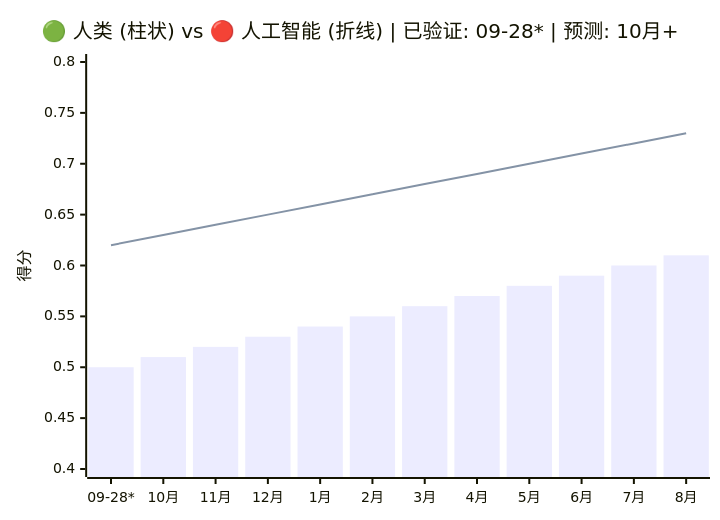
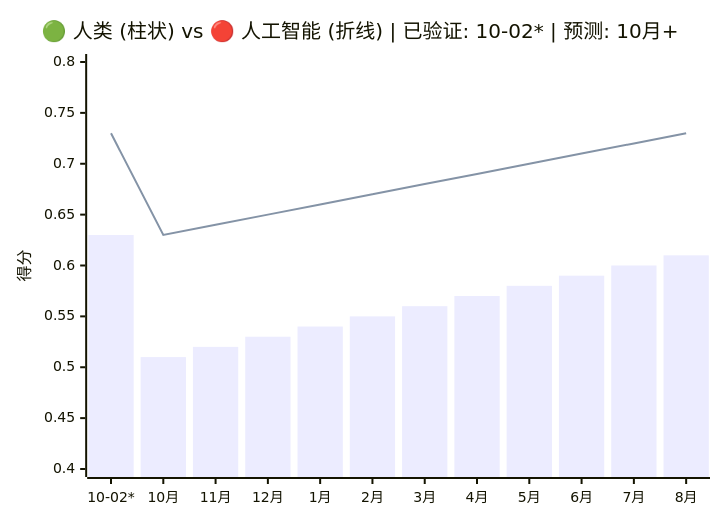
Before and after one commit to VQQLK/Human-AI-Monitor: the first of 2 diagrams in README.zh.md, drawn with Mermaid. The commit also changed other lines of this file and 4 other files, not shown here.

````diff
--- a/README.zh.md
+++ b/README.zh.md
@@ -34,8 +34,8 @@
 ```mermaid
 xychart-beta
-    title "🟢 人类 (柱状) vs 🔴 人工智能 (折线) | 已验证: 09-28* | 预测: 10月+"
-    x-axis ["09-28*", "10月", "11月", "12月", "1月", "2月", "3月", "4月", "5月", "6月", "7月", "8月"]
+    title "🟢 人类 (柱状) vs 🔴 人工智能 (折线) | 已验证: 10-02* | 预测: 10月+"
+    x-axis ["10-02*", "10月", "11月", "12月", "1月", "2月", "3月", "4月", "5月", "6月", "7月", "8月"]
     y-axis "得分" 0.40 --> 0.80
-    bar [0.50, 0.51, 0.52, 0.53, 0.54, 0.55, 0.56, 0.57, 0.58, 0.59, 0.60, 0.61]
-    line [0.62, 0.63, 0.64, 0.65, 0.66, 0.67, 0.68, 0.69, 0.70, 0.71, 0.72, 0.73]
+    bar [0.63, 0.51, 0.52, 0.53, 0.54, 0.55, 0.56, 0.57, 0.58, 0.59, 0.60, 0.61]
+    line [0.73, 0.63, 0.64, 0.65, 0.66, 0.67, 0.68, 0.69, 0.70, 0.71, 0.72, 0.73]
 ```
````
